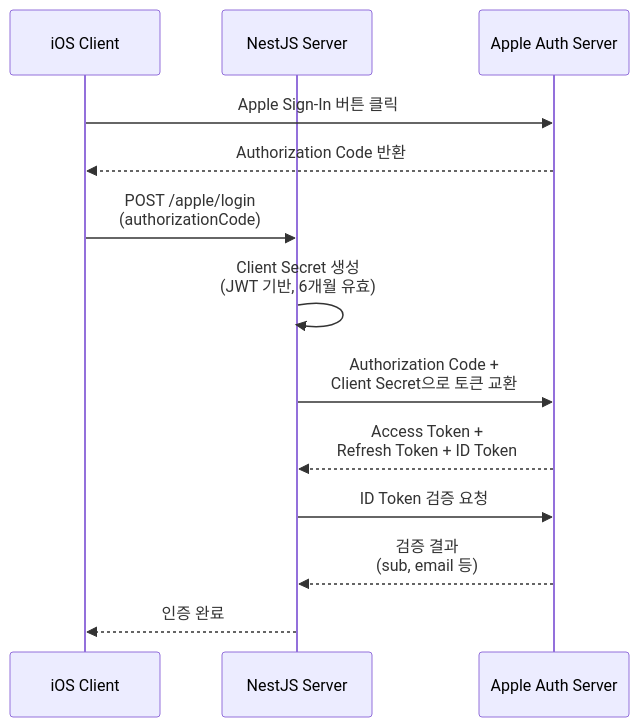
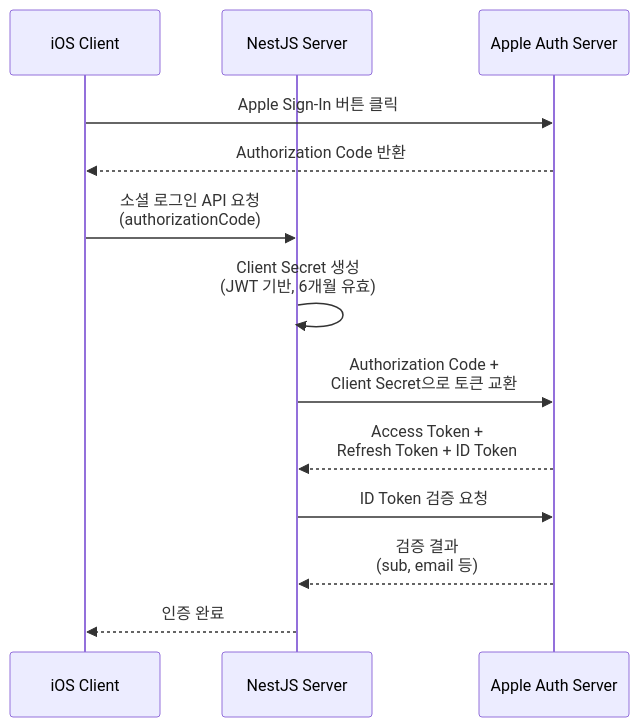
Before and after one commit to jiwon11/jiwon11.github.io: the seventh of 14 diagrams in _posts/2023-03-01-charlie-backend-infrastructure.md, drawn with Mermaid. The commit also changed other lines of this file and 9 other files, not shown here.

````diff
--- a/_posts/2023-03-01-charlie-backend-infrastructure.md
+++ b/_posts/2023-03-01-charlie-backend-infrastructure.md
@@ -439,16 +442,16 @@
 ```mermaid
 sequenceDiagram
     participant C as iOS Client
     participant S as NestJS Server
     participant A as Apple Auth Server
 
     C->>A: Apple Sign-In 버튼 클릭
     A-->>C: Authorization Code 반환
-    C->>S: POST /apple/login<br/>(authorizationCode)
+    C->>S: 소셜 로그인 API 요청<br/>(authorizationCode)
     S->>S: Client Secret 생성<br/>(JWT 기반, 6개월 유효)
     S->>A: Authorization Code +<br/>Client Secret으로 토큰 교환
     A-->>S: Access Token +<br/>Refresh Token + ID Token
     S->>A: ID Token 검증 요청
     A-->>S: 검증 결과<br/>(sub, email 등)
     S-->>C: 인증 완료
 ```
````
